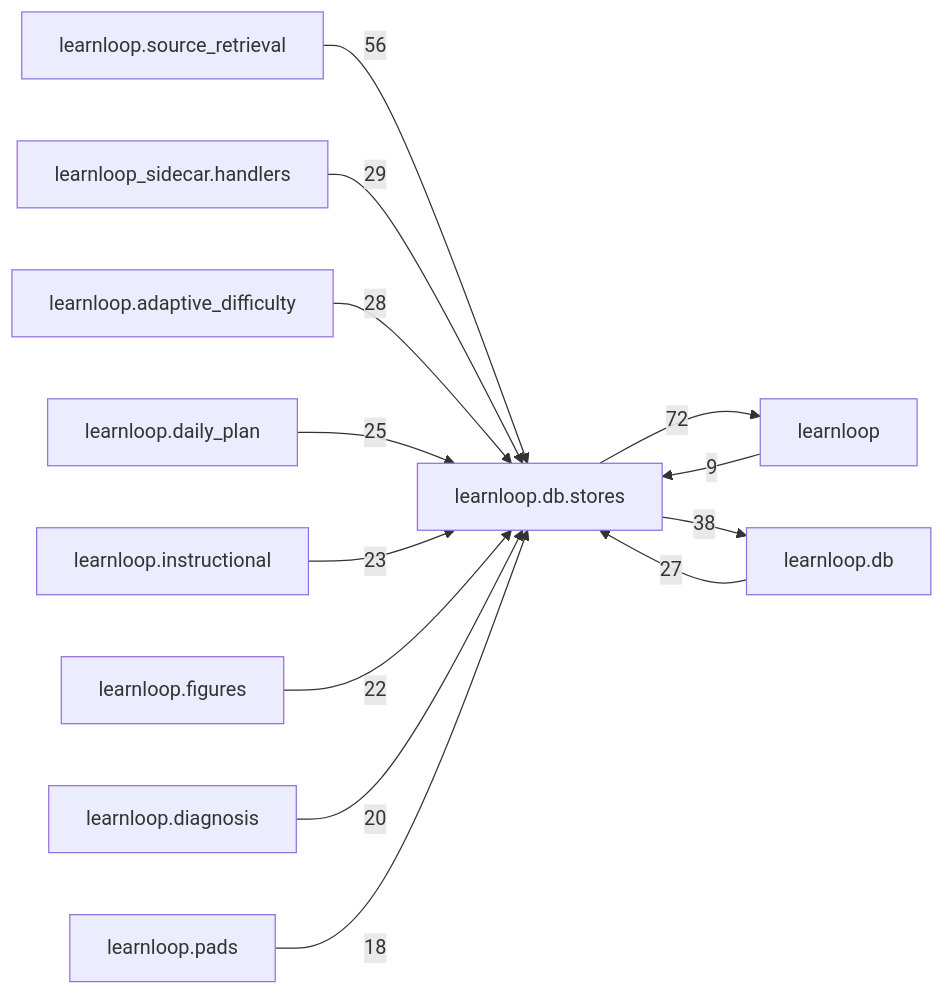
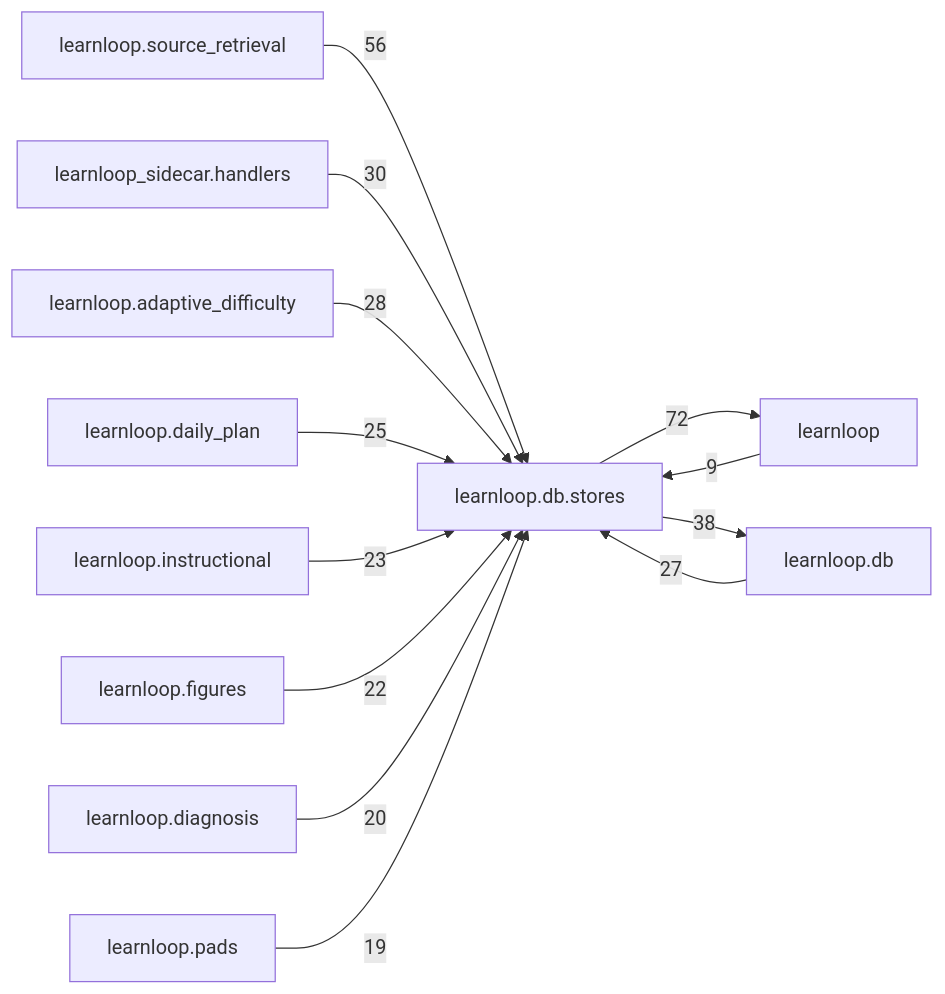
Before and after one commit to 6up-b/learnanything: the diagram in docs/learnloop-architecture-vault/Reference/Modules/learnloop/db/stores/_package.md, drawn with Mermaid. The commit also changed other lines of this file and 201 other files, not shown here.

````diff
--- a/docs/learnloop-architecture-vault/Reference/Modules/learnloop/db/stores/_package.md
+++ b/docs/learnloop-architecture-vault/Reference/Modules/learnloop/db/stores/_package.md
@@ -278,26 +278,26 @@
 ```mermaid
 flowchart LR
     center["learnloop.db.stores"]
     n_learnloop["learnloop"]
     n_learnloop_db["learnloop.db"]
     n_learnloop_source_retrieval["learnloop.source_retrieval"]
     n_learnloop_sidecar_handlers["learnloop_sidecar.handlers"]
     n_learnloop_adaptive_difficulty["learnloop.adaptive_difficulty"]
     n_learnloop_daily_plan["learnloop.daily_plan"]
     n_learnloop_instructional["learnloop.instructional"]
     n_learnloop_figures["learnloop.figures"]
     n_learnloop_diagnosis["learnloop.diagnosis"]
     n_learnloop_pads["learnloop.pads"]
     n_learnloop -->|9| center
     center -->|72| n_learnloop
     n_learnloop_db -->|27| center
     center -->|38| n_learnloop_db
     n_learnloop_source_retrieval -->|56| center
-    n_learnloop_sidecar_handlers -->|29| center
+    n_learnloop_sidecar_handlers -->|30| center
     n_learnloop_adaptive_difficulty -->|28| center
     n_learnloop_daily_plan -->|25| center
     n_learnloop_instructional -->|23| center
     n_learnloop_figures -->|22| center
     n_learnloop_diagnosis -->|20| center
-    n_learnloop_pads -->|18| center
+    n_learnloop_pads -->|19| center
 ```
````
